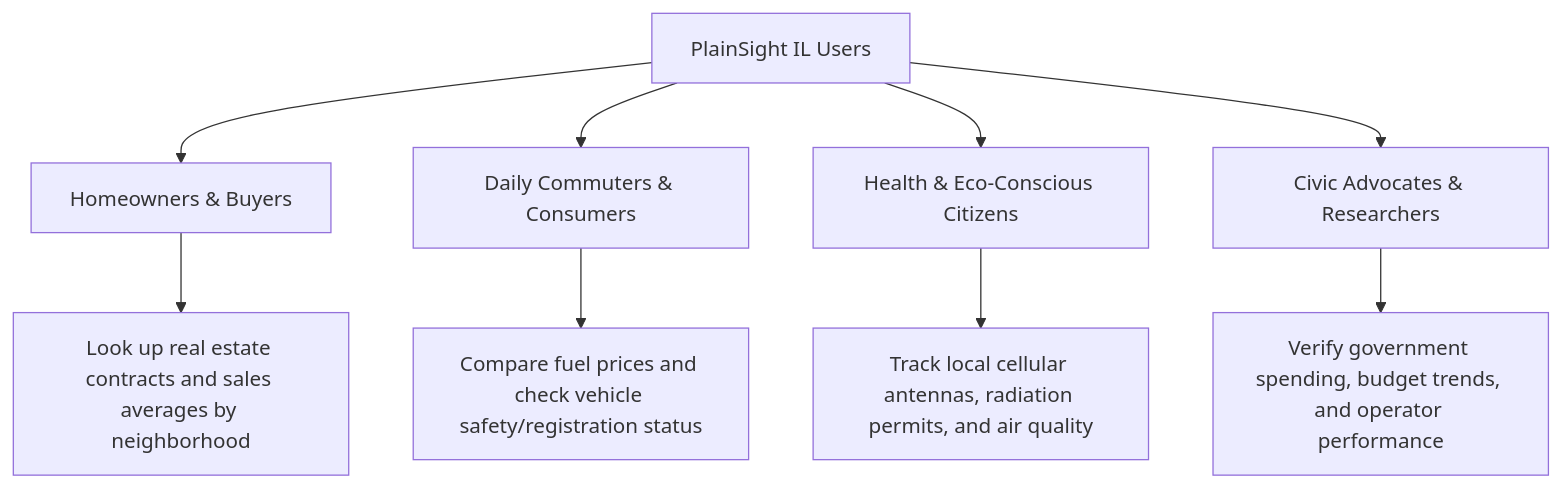
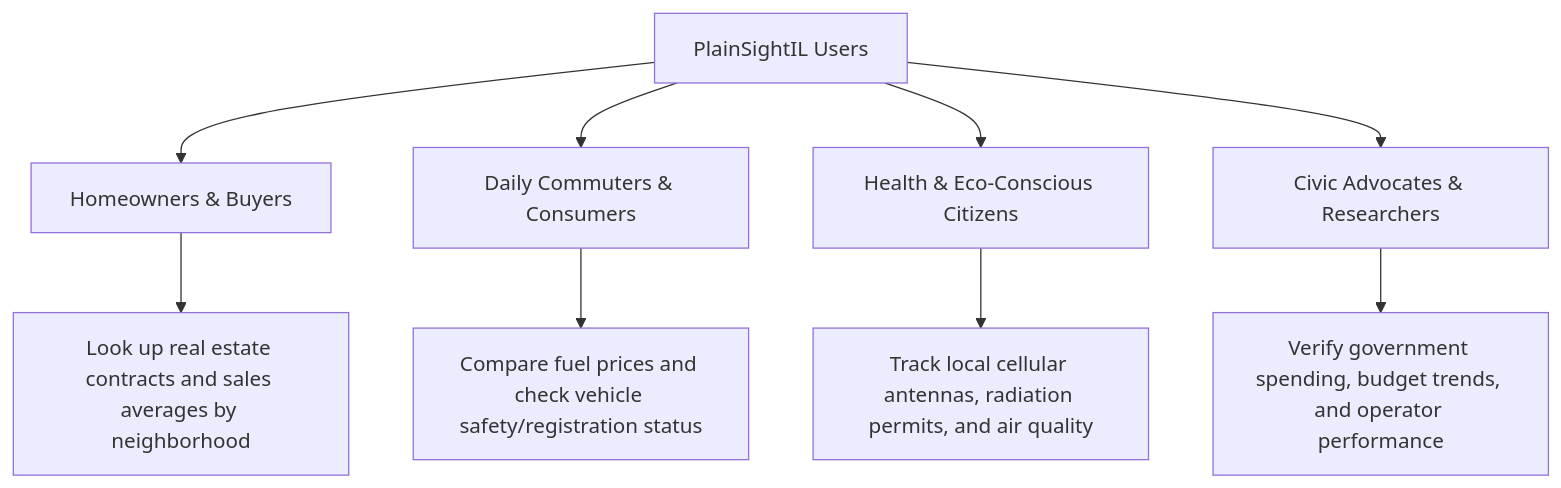
One commit to assafbz/PlainSightIL changed the diagram in docs/vision_and_mission.md. Above: the diagram before and after it, drawn with Mermaid. The commit also changed other lines of this file and 165 other files, not shown here.

````diff
--- a/docs/vision_and_mission.md
+++ b/docs/vision_and_mission.md
@@ -35,12 +35,12 @@
 ```mermaid
 graph TD
-    A[PlainSight IL Users] --> B[Homeowners & Buyers]
+    A[PlainSightIL Users] --> B[Homeowners & Buyers]
     A --> C[Daily Commuters & Consumers]
     A --> D[Health & Eco-Conscious Citizens]
     A --> E[Civic Advocates & Researchers]
 
     B --> B1[Look up real estate contracts and sales averages by neighborhood]
     C --> C1[Compare fuel prices and check vehicle safety/registration status]
     D --> D1[Track local cellular antennas, radiation permits, and air quality]
     E --> E1[Verify government spending, budget trends, and operator performance]
 ```
````
